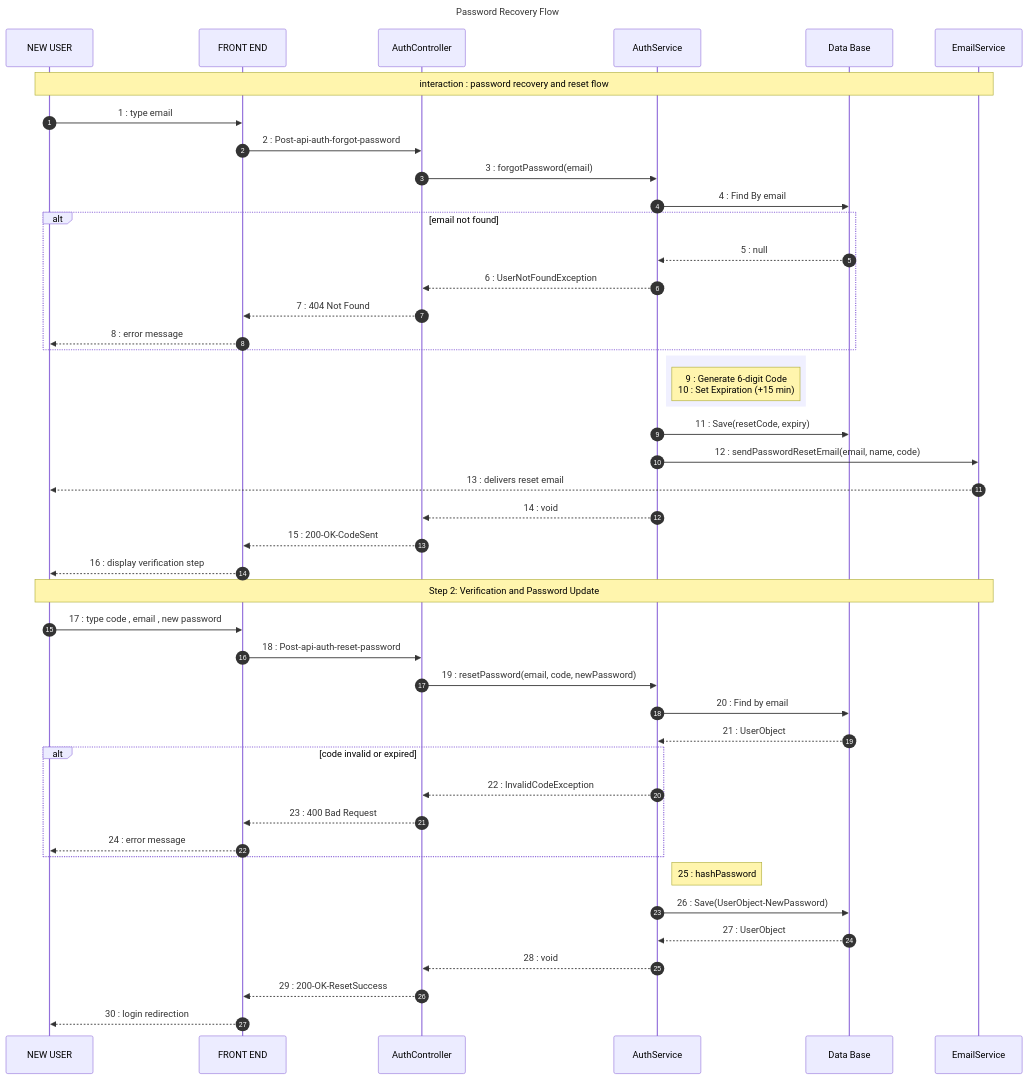
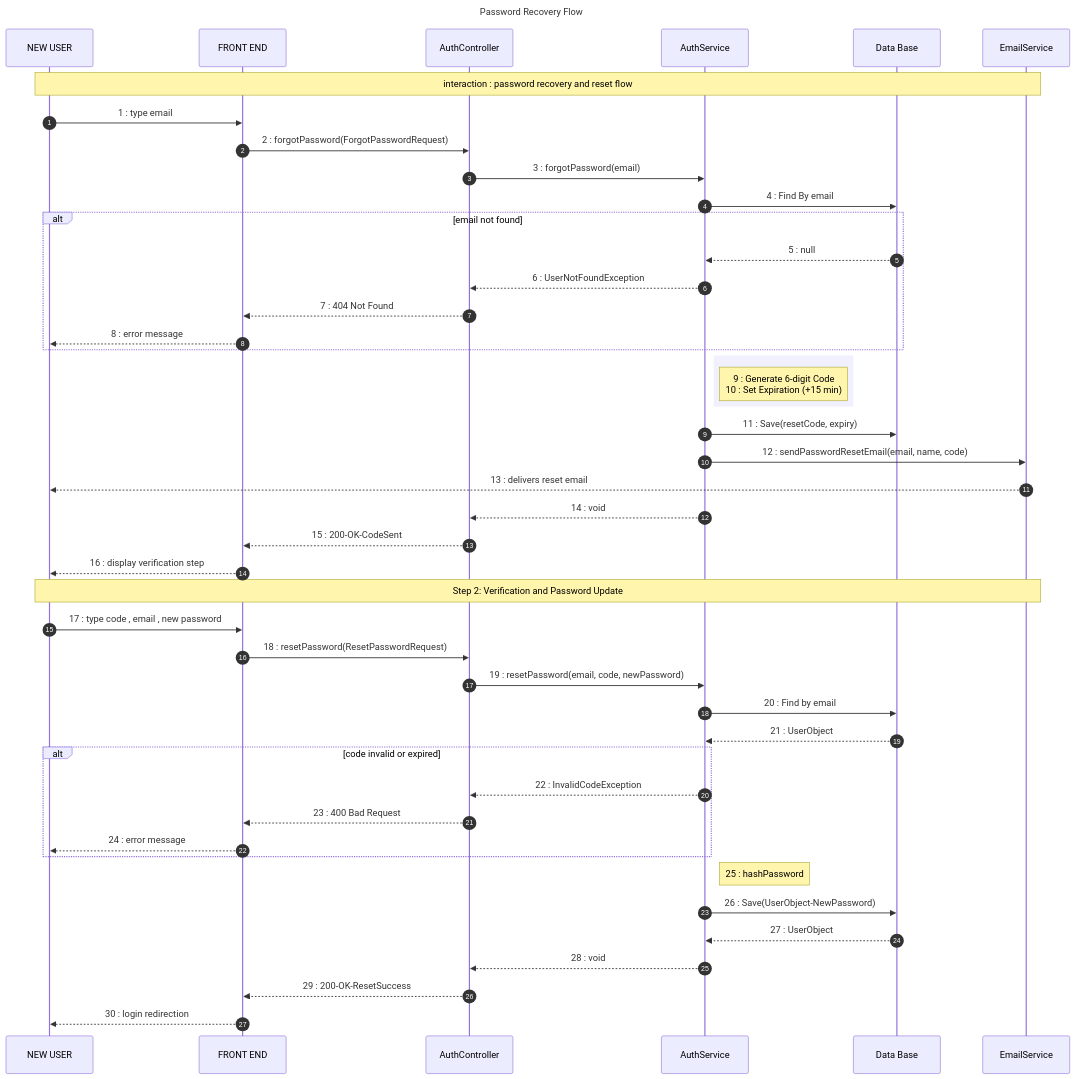
Before and after one commit to chbichibsofiene/inspector: the diagram in uml_diagrams/forgot_password_sequence.md, drawn with Mermaid. The commit also changed 145 other files, not shown here.

Commit message:
Integrated mobile app, updated UI elements, and synced all UML diagrams with backend implementation

````diff
--- a/uml_diagrams/forgot_password_sequence.md
+++ b/uml_diagrams/forgot_password_sequence.md
@@ -7,57 +7,57 @@
 ```mermaid
 sequenceDiagram
     title: Password Recovery Flow
     autonumber
     participant USER as NEW USER
     participant FE as FRONT END
     participant AC as AuthController
     participant AS as AuthService
     participant DB as Data Base
     participant ES as EmailService
 
     Note over USER, ES: interaction : password recovery and reset flow
 
     USER->>FE: 1 : type email
-    FE->>AC: 2 : Post-api-auth-forgot-password
+    FE->>AC: 2 : forgotPassword(ForgotPasswordRequest)
     AC->>AS: 3 : forgotPassword(email)
     AS->>DB: 4 : Find By email
     
     alt email not found
         DB-->>AS: 5 : null
         AS-->>AC: 6 : UserNotFoundException
         AC-->>FE: 7 : 404 Not Found
         FE-->>USER: 8 : error message
     end
 
     rect rgb(240, 240, 255)
         Note right of AS: 9 : Generate 6-digit Code<br/>10 : Set Expiration (+15 min)
     end
 
     AS->>DB: 11 : Save(resetCode, expiry)
     AS->>ES: 12 : sendPasswordResetEmail(email, name, code)
     ES-->>USER: 13 : delivers reset email
     AS-->>AC: 14 : void
     AC-->>FE: 15 : 200-OK-CodeSent
     FE-->>USER: 16 : display verification step
 
     Note over USER, ES: Step 2: Verification and Password Update
 
     USER->>FE: 17 : type code , email , new password
-    FE->>AC: 18 : Post-api-auth-reset-password
+    FE->>AC: 18 : resetPassword(ResetPasswordRequest)
     AC->>AS: 19 : resetPassword(email, code, newPassword)
     AS->>DB: 20 : Find by email
     DB-->>AS: 21 : UserObject
 
     alt code invalid or expired
         AS-->>AC: 22 : InvalidCodeException
         AC-->>FE: 23 : 400 Bad Request
         FE-->>USER: 24 : error message
     end
 
     Note right of AS: 25 : hashPassword
     AS->>DB: 26 : Save(UserObject-NewPassword)
     DB-->>AS: 27 : UserObject
     AS-->>AC: 28 : void
     AC-->>FE: 29 : 200-OK-ResetSuccess
     FE-->>USER: 30 : login redirection
 ```
````
